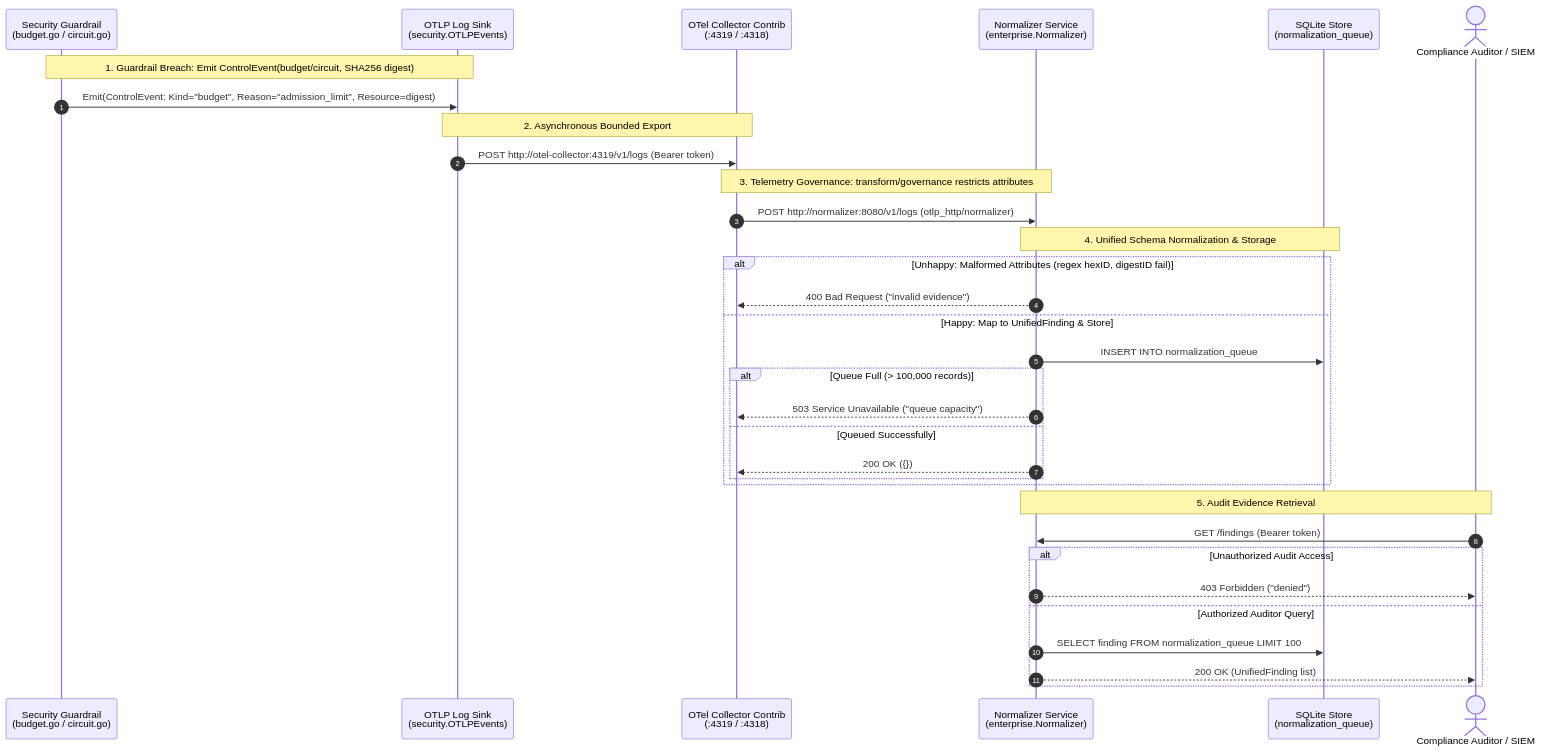
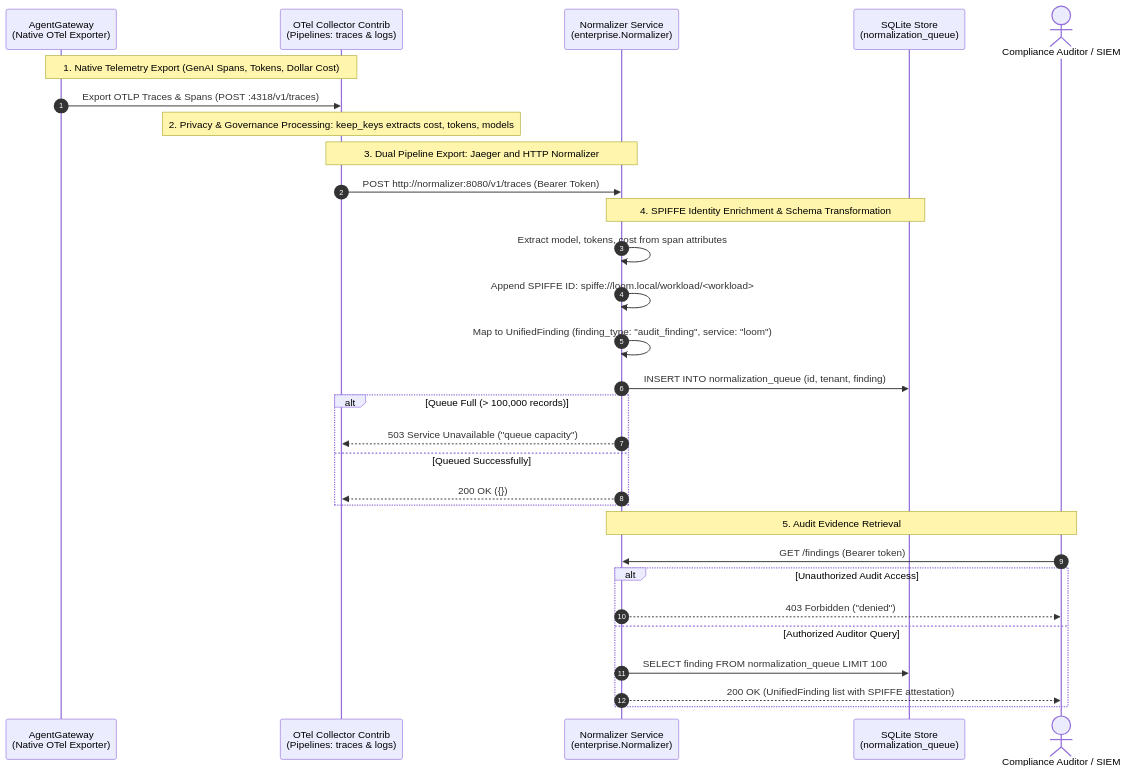
The fourth of 5 diagrams in docs/sequence-diagrams.md (cchostak/loom), drawn with Mermaid before and after one commit. The commit also changed other lines of this file and 60 other files, not shown here.

Commit message:
refactor: migrate custom auth, rate limiting, and budgets to AgentGateway and introduce security epics

````diff
--- a/docs/sequence-diagrams.md
+++ b/docs/sequence-diagrams.md
@@ -202,36 +177,33 @@
 ```mermaid
 sequenceDiagram
     autonumber
-    participant Guardrail as Security Guardrail<br/>(budget.go / circuit.go)
-    participant OTLPClient as OTLP Log Sink<br/>(security.OTLPEvents)
-    participant OTelCol as OTel Collector Contrib<br/>(:4319 / :4318)
+    participant Gateway as AgentGateway<br/>(Native OTel Exporter)
+    participant OTelCol as OTel Collector Contrib<br/>(Pipelines: traces & logs)
     participant Normalizer as Normalizer Service<br/>(enterprise.Normalizer)
     participant Queue as SQLite Store<br/>(normalization_queue)
     actor Auditor as Compliance Auditor / SIEM
 
-    Note over Guardrail,OTLPClient: 1. Guardrail Breach: Emit ControlEvent(budget/circuit, SHA256 digest)
-    Guardrail->>OTLPClient: Emit(ControlEvent: Kind="budget", Reason="admission_limit", Resource=digest)
-    Note over OTLPClient,OTelCol: 2. Asynchronous Bounded Export
-    OTLPClient->>OTelCol: POST http://otel-collector:4319/v1/logs (Bearer token)
-    Note over OTelCol,Normalizer: 3. Telemetry Governance: transform/governance restricts attributes
-    OTelCol->>Normalizer: POST http://normalizer:8080/v1/logs (otlp_http/normalizer)
-    Note over Normalizer,Queue: 4. Unified Schema Normalization & Storage
-    alt Unhappy: Malformed Attributes (regex hexID, digestID fail)
-        Normalizer-->>OTelCol: 400 Bad Request ("invalid evidence")
-    else Happy: Map to UnifiedFinding & Store
-        Normalizer->>Queue: INSERT INTO normalization_queue
-        alt Queue Full (> 100,000 records)
-            Normalizer-->>OTelCol: 503 Service Unavailable ("queue capacity")
-        else Queued Successfully
-            Normalizer-->>OTelCol: 200 OK ({})
-        end
+    Note over Gateway,OTelCol: 1. Native Telemetry Export (GenAI Spans, Tokens, Dollar Cost)
+    Gateway->>OTelCol: Export OTLP Traces & Spans (POST :4318/v1/traces)
+    Note over OTelCol: 2. Privacy & Governance Processing: keep_keys extracts cost, tokens, models
+    Note over OTelCol,Normalizer: 3. Dual Pipeline Export: Jaeger and HTTP Normalizer
+    OTelCol->>Normalizer: POST http://normalizer:8080/v1/traces (Bearer Token)
+    Note over Normalizer,Queue: 4. SPIFFE Identity Enrichment & Schema Transformation
+    Normalizer->>Normalizer: Extract model, tokens, cost from span attributes
+    Normalizer->>Normalizer: Append SPIFFE ID: spiffe://loom.local/workload/<workload>
+    Normalizer->>Normalizer: Map to UnifiedFinding (finding_type: "audit_finding", service: "loom")
+    Normalizer->>Queue: INSERT INTO normalization_queue (id, tenant, finding)
+    alt Queue Full (> 100,000 records)
+        Normalizer-->>OTelCol: 503 Service Unavailable ("queue capacity")
+    else Queued Successfully
+        Normalizer-->>OTelCol: 200 OK ({})
     end
     Note over Auditor,Normalizer: 5. Audit Evidence Retrieval
     Auditor->>Normalizer: GET /findings (Bearer token)
     alt Unauthorized Audit Access
         Normalizer-->>Auditor: 403 Forbidden ("denied")
     else Authorized Auditor Query
         Normalizer->>Queue: SELECT finding FROM normalization_queue LIMIT 100
-        Normalizer-->>Auditor: 200 OK (UnifiedFinding list)
+        Normalizer-->>Auditor: 200 OK (UnifiedFinding list with SPIFFE attestation)
     end
 ```
````
